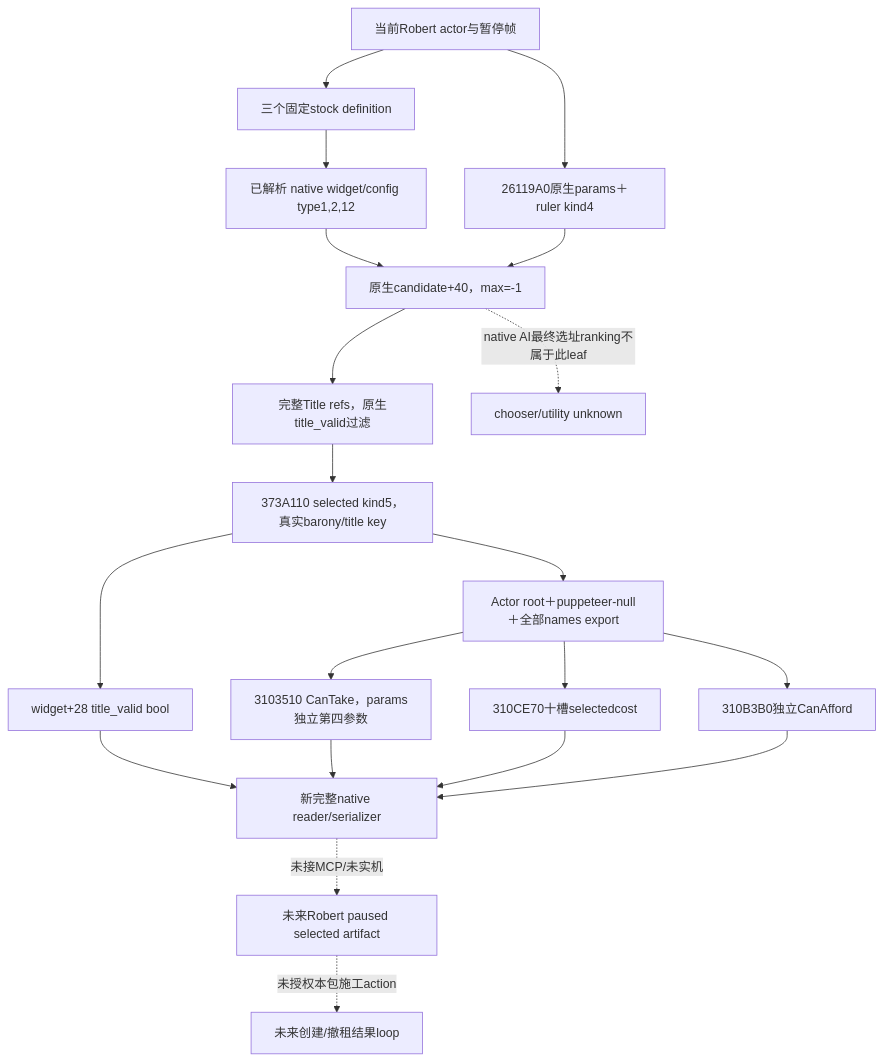
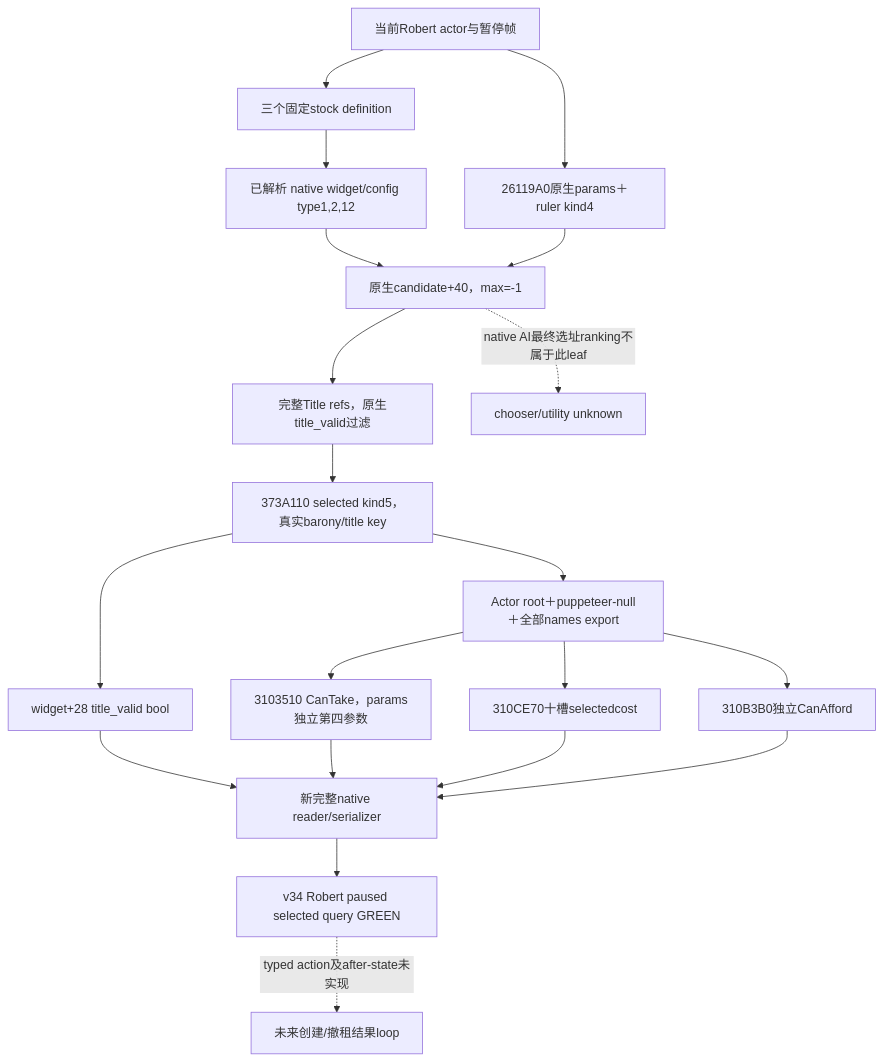
One commit to XenoAmess/ck3_eternal_recurrence changed the diagram in docs/ck3-native-ai/religion-holy-order-selected-title-native-ai-12003.md. Above: the diagram before and after it, drawn with Mermaid. The commit also changed other lines of this file and 28 other files, not shown here.

````diff
--- a/docs/ck3-native-ai/religion-holy-order-selected-title-native-ai-12003.md
+++ b/docs/ck3-native-ai/religion-holy-order-selected-title-native-ai-12003.md
@@ -55,22 +55,22 @@
 ```mermaid
 flowchart TD
   A[当前Robert actor与暂停帧] --> D[三个固定stock definition]
   D --> W[已解析 native widget/config type1,2,12]
   A --> P[26119A0原生params＋ruler kind4]
   W --> C[原生candidate+40，max=-1]
   P --> C
   C --> T[完整Title refs，原生title_valid过滤]
   T --> S[373A110 selected kind5，真实barony/title key]
   S --> V[widget+28 title_valid bool]
   S --> E[Actor root＋puppeteer-null＋全部names export]
   E --> G[3103510 CanTake，params独立第四参数]
   E --> K[310CE70十槽selectedcost]
   E --> F[310B3B0独立CanAfford]
   V --> R[新完整native reader/serializer]
   G --> R
   K --> R
   F --> R
-  R -. 未接MCP/未实机 .-> L[未来Robert paused selected artifact]
-  L -. 未授权本包施工action .-> O[未来创建/撤租结果loop]
+  R --> L[v34 Robert paused selected query GREEN]
+  L -. typed action及after-state未实现 .-> O[未来创建/撤租结果loop]
   C -. native AI最终选址ranking不属于此leaf .-> AI[chooser/utility unknown]
 ```
````
